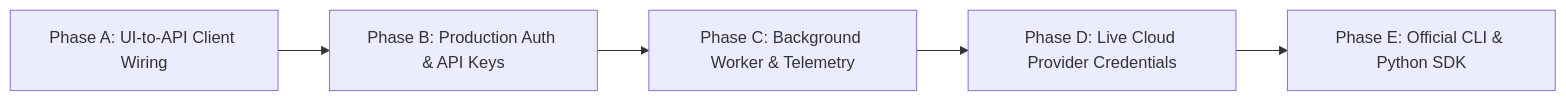
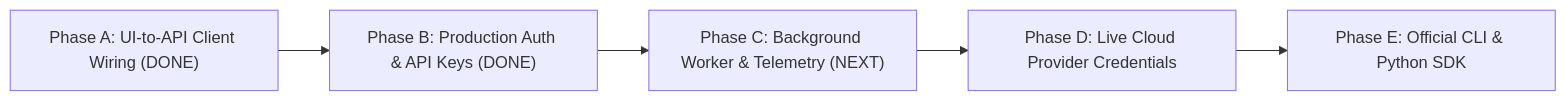
The diagram in docs/IMPLEMENTATION_PLAN_V2.md (DivyeBhatnagar/Kynetic-AI-GCIN), drawn with Mermaid before and after one commit. The commit also changed other lines of this file and 15 other files, not shown here.

Commit message:
feat(auth): complete Phase B - production auth, JWT sessions, and headless API keys

````diff
--- a/docs/IMPLEMENTATION_PLAN_V2.md
+++ b/docs/IMPLEMENTATION_PLAN_V2.md
@@ -15,7 +15,7 @@
 ```mermaid
 flowchart LR
-    A["Phase A: UI-to-API Client Wiring"] --> B["Phase B: Production Auth & API Keys"]
-    B --> C["Phase C: Background Worker & Telemetry"]
+    A["Phase A: UI-to-API Client Wiring (DONE)"] --> B["Phase B: Production Auth & API Keys (DONE)"]
+    B --> C["Phase C: Background Worker & Telemetry (NEXT)"]
     C --> D["Phase D: Live Cloud Provider Credentials"]
     D --> E["Phase E: Official CLI & Python SDK"]
 ```
````
